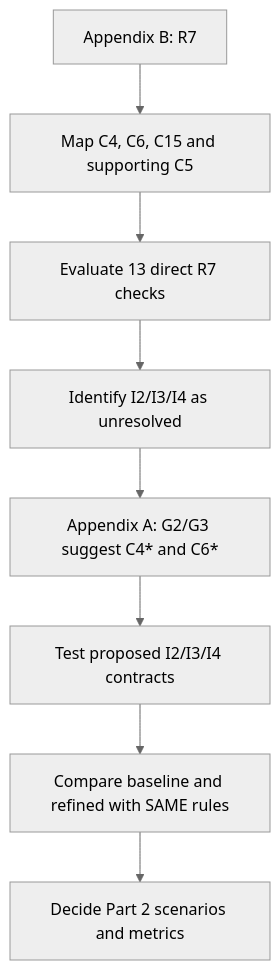
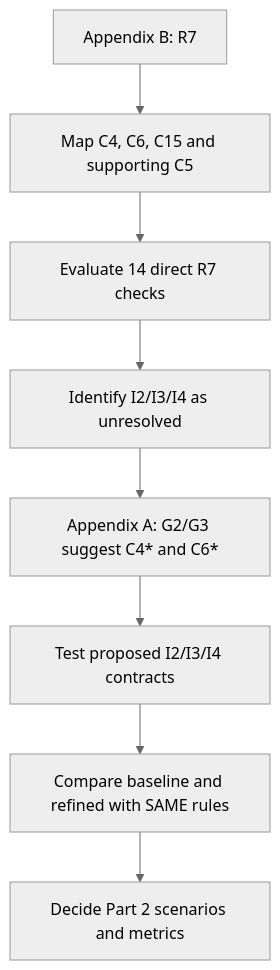
The diagram in part1_architecture_validation/docs/PART1_ONE_PAGE_SUMMARY.md (Abha2044/bc-ssi-healthcare-des-evaluation), drawn with Mermaid (neutral theme) before and after one commit. The commit also changed other lines of this file and 3 other files, not shown here.

````diff
--- a/part1_architecture_validation/docs/PART1_ONE_PAGE_SUMMARY.md
+++ b/part1_architecture_validation/docs/PART1_ONE_PAGE_SUMMARY.md
@@ -5,10 +5,10 @@
 ```mermaid
 flowchart TD
   A[Appendix B: R7] --> B[Map C4, C6, C15 and supporting C5]
-  B --> C[Evaluate 13 direct R7 checks]
+  B --> C[Evaluate 14 direct R7 checks]
   C --> D[Identify I2/I3/I4 as unresolved]
   D --> E[Appendix A: G2/G3 suggest C4* and C6*]
   E --> F[Test proposed I2/I3/I4 contracts]
   F --> G[Compare baseline and refined with SAME rules]
   G --> H[Decide Part 2 scenarios and metrics]
 ```
````
